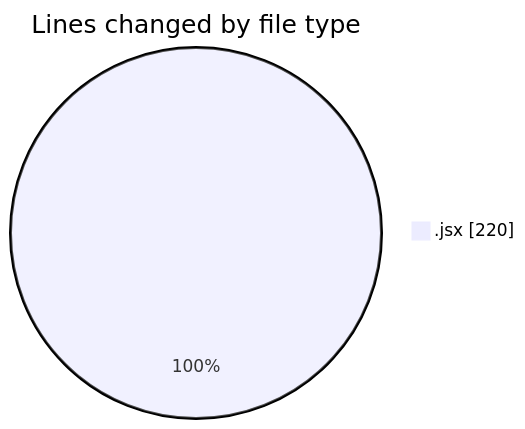
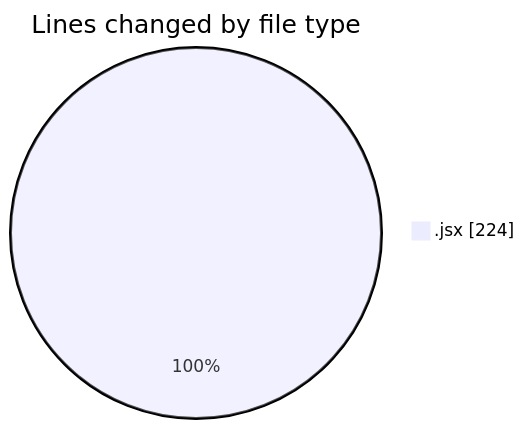
One commit to nxtqubesakshisongat/code-tracking changed the first of 2 diagrams in 2025-06-05/nxtqube_webapp/README.md. Above: the diagram before and after it, drawn with Mermaid. The commit also changed other lines of this file and 1 other file, not shown here.

````diff
--- a/2025-06-05/nxtqube_webapp/README.md
+++ b/2025-06-05/nxtqube_webapp/README.md
@@ -21,5 +21,5 @@
 ```mermaid
 pie showData
 title Lines changed by file type
-".jsx" : 220
+".jsx" : 224
 ```
````
